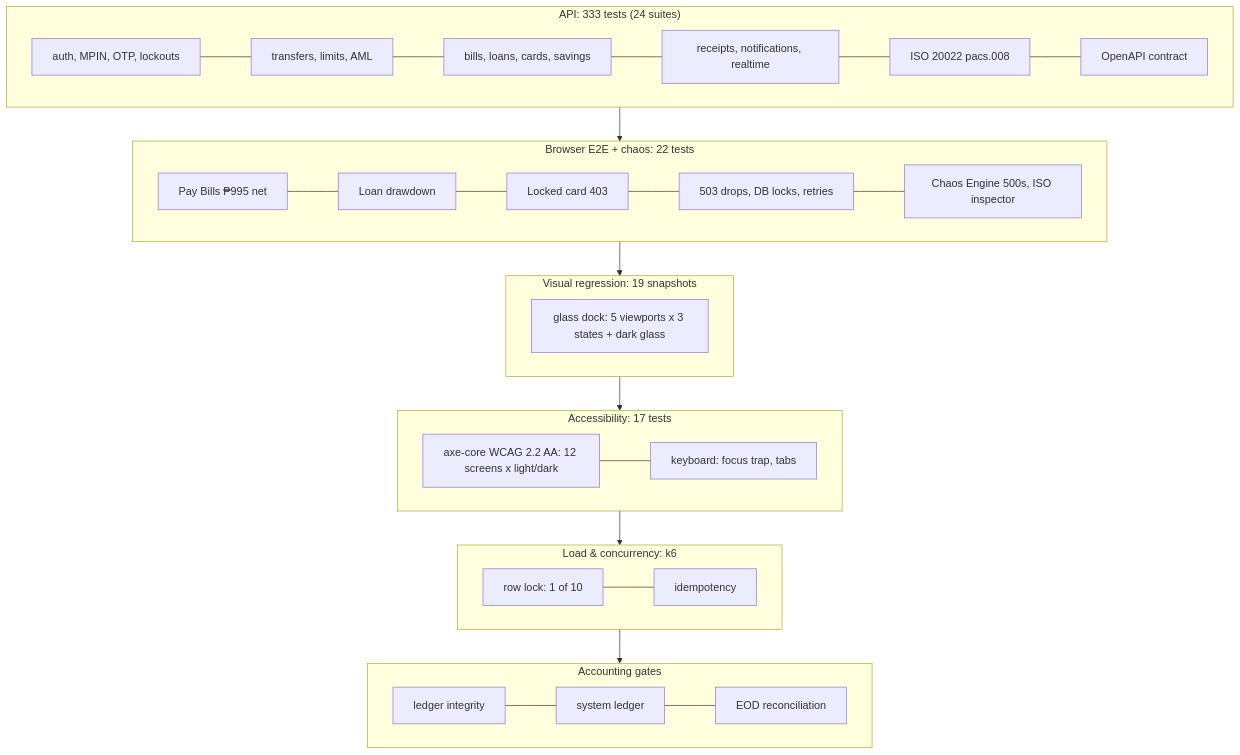
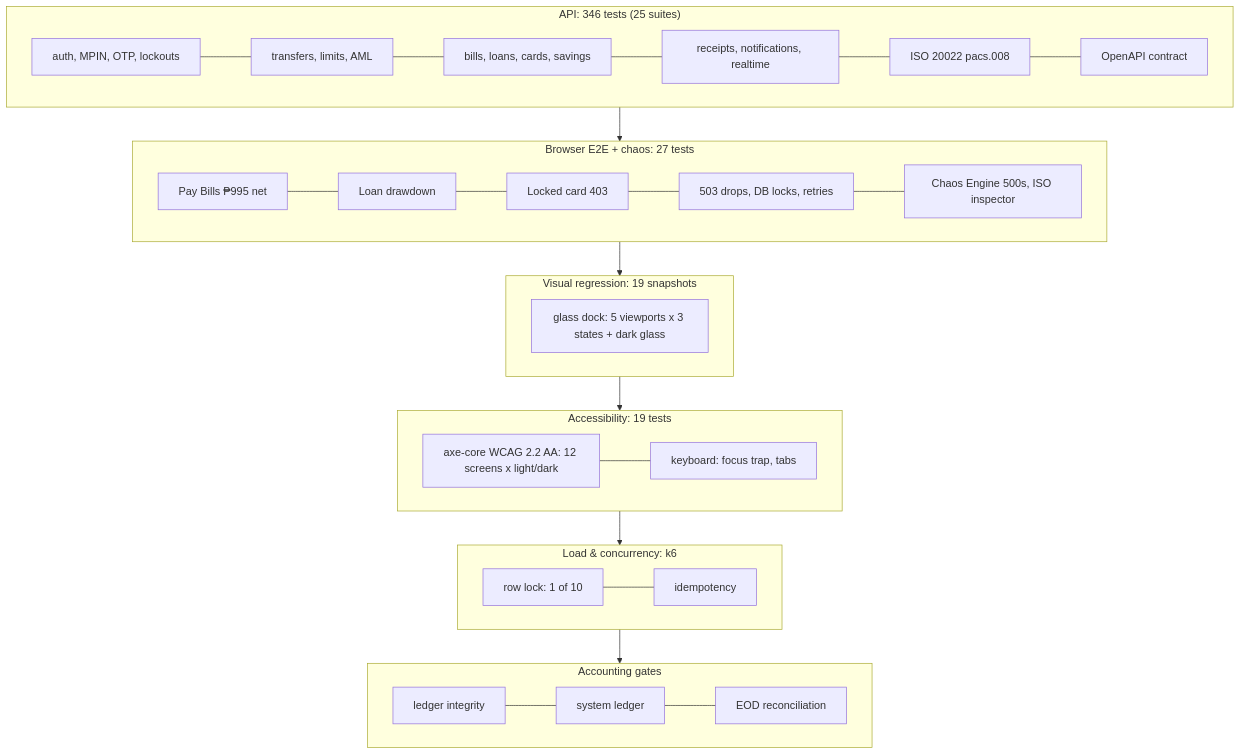
One commit to brylleopada77/PayPulse changed the first of 3 diagrams in README.md. Above: the diagram before and after it, drawn with Mermaid. The commit also changed other lines of this file and 44 other files, not shown here.

````diff
--- a/README.md
+++ b/README.md
@@ -52,24 +52,24 @@
 ```mermaid
 flowchart TB
-  subgraph L1["API: 333 tests (24 suites)"]
+  subgraph L1["API: 346 tests (25 suites)"]
     a1[auth, MPIN, OTP, lockouts] --- a2[transfers, limits, AML]
     a2 --- a3[bills, loans, cards, savings]
     a3 --- a4[receipts, notifications, realtime] --- a5[ISO 20022 pacs.008] --- a6[OpenAPI contract]
   end
-  subgraph L2["Browser E2E + chaos: 22 tests"]
+  subgraph L2["Browser E2E + chaos: 27 tests"]
     b1[Pay Bills ₱995 net] --- b2[Loan drawdown] --- b3[Locked card 403] --- b4[503 drops, DB locks, retries] --- b5[Chaos Engine 500s, ISO inspector]
   end
   subgraph L3["Visual regression: 19 snapshots"]
     v1[glass dock: 5 viewports x 3 states + dark glass]
   end
-  subgraph L3b["Accessibility: 17 tests"]
+  subgraph L3b["Accessibility: 19 tests"]
     x1[axe-core WCAG 2.2 AA: 12 screens x light/dark] --- x2[keyboard: focus trap, tabs]
   end
   subgraph L4["Load & concurrency: k6"]
     k1[row lock: 1 of 10] --- k2[idempotency]
   end
   subgraph L5["Accounting gates"]
     g1[ledger integrity] --- g2[system ledger] --- g3[EOD reconciliation]
   end
   L1 --> L2 --> L3 --> L3b --> L4 --> L5
 ```
````
